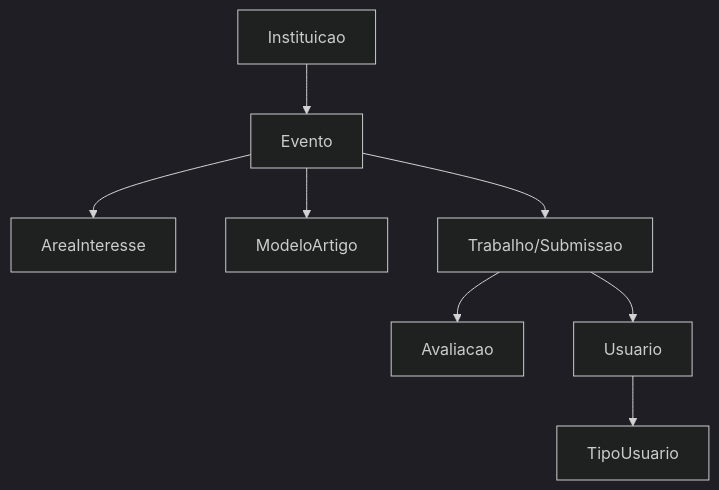
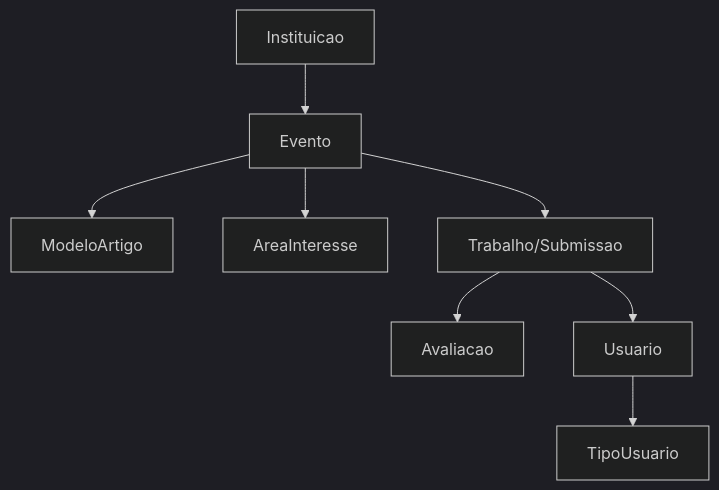
One commit to ericmds/ProjetoBancoDeDados changed the diagram in 00 - Aulas/Aula 24.03.2025.md. Above: the diagram before and after it, drawn with Mermaid (dark theme). The commit also changed other lines of this file, not shown here.

````diff
--- a/00 - Aulas/Aula 24.03.2025.md
+++ b/00 - Aulas/Aula 24.03.2025.md
@@ -61,10 +61,10 @@
 ```mermaid
 graph TD;
     Instituicao-->Evento;
+    Evento-->ModeloArtigo;
     Evento-->AreaInteresse;
-    Evento-->ModeloArtigo;
     Evento-->Trabalho/Submissao;
     Trabalho/Submissao-->Avaliacao;
     Trabalho/Submissao-->Usuario;
     Usuario-->TipoUsuario;
 ```
````
